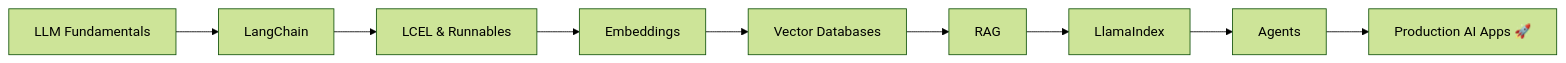
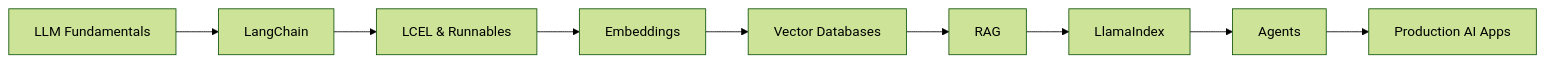
The diagram in README.md (AniketS2304/AniketS2304), drawn with Mermaid (forest theme) before and after one commit. The commit also changed other lines of this file, not shown here.

````diff
--- a/README.md
+++ b/README.md
@@ -262,11 +183,11 @@
 ```mermaid
 flowchart LR
     A[LLM Fundamentals] --> B[LangChain]
     B --> C[LCEL & Runnables]
     C --> D[Embeddings]
     D --> E[Vector Databases]
     E --> F[RAG]
     F --> G[LlamaIndex]
     G --> H[Agents]
-    H --> I[Production AI Apps 🚀]
+    H --> I[Production AI Apps]
 ```
````
